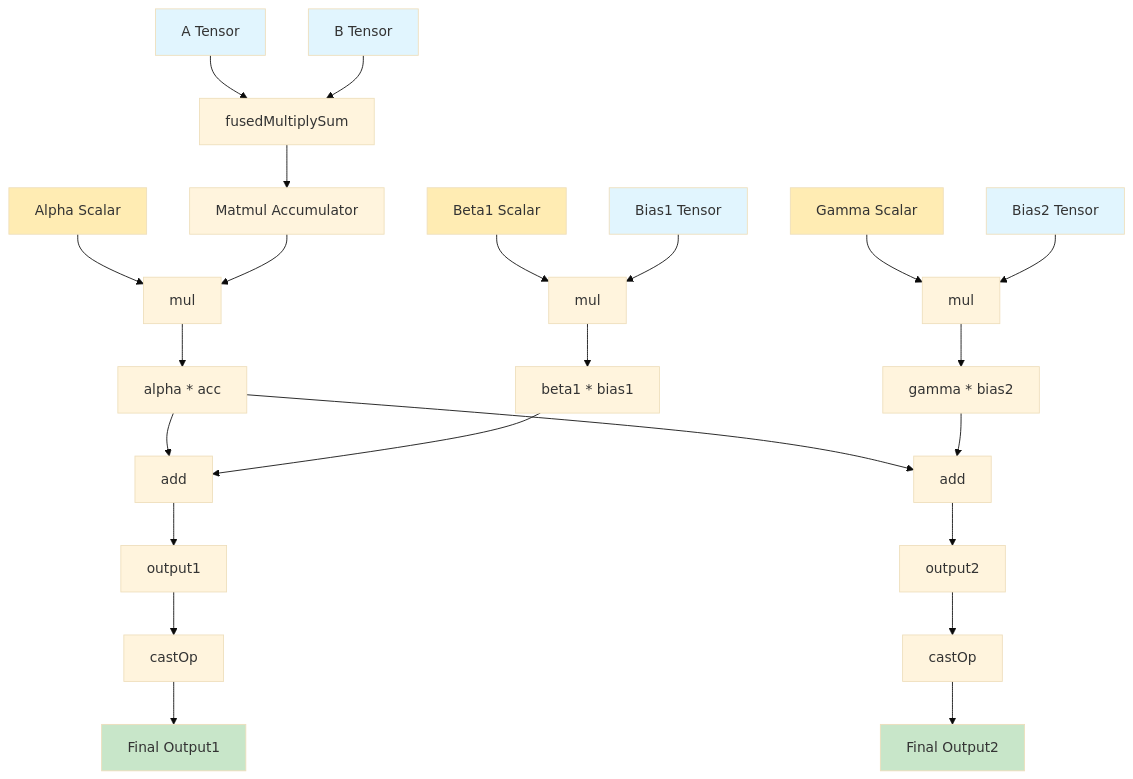
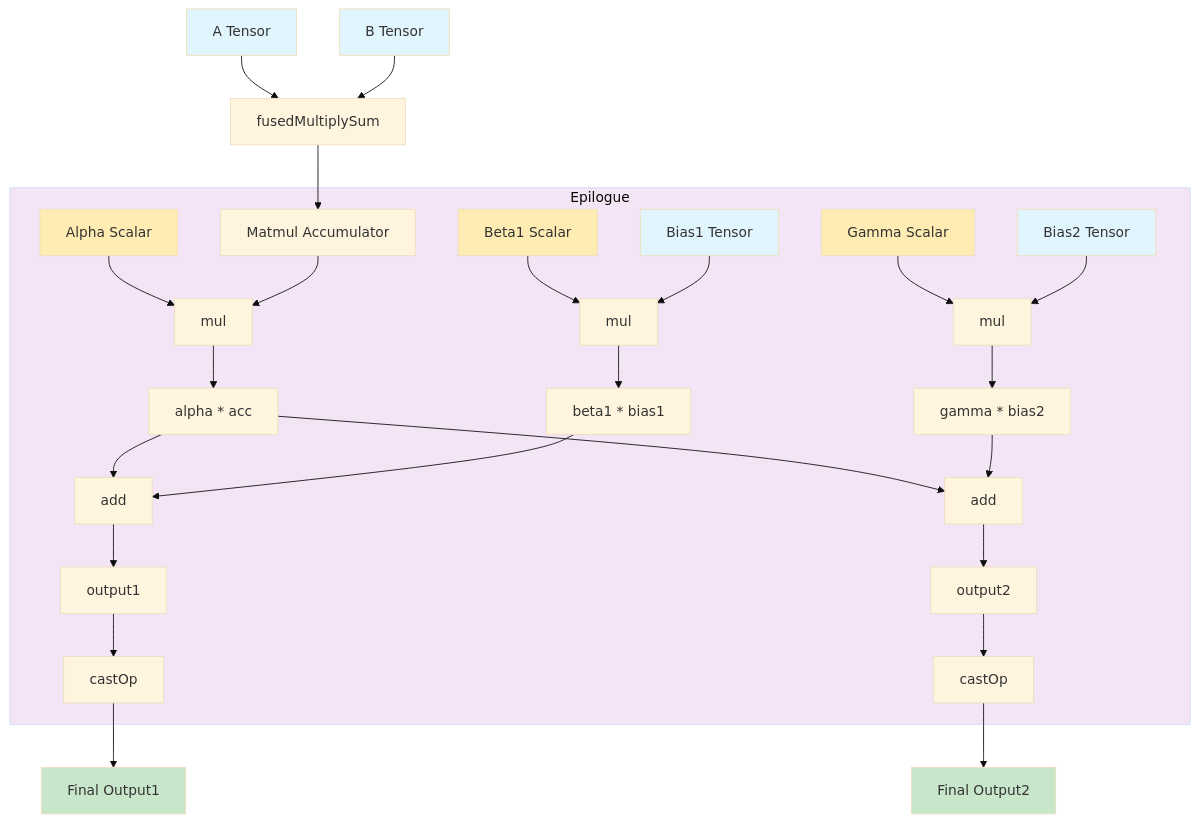
Before and after one commit to jacobhinkle/cutlass: the fourth of 5 diagrams in NVFuserEVTTranslation.md, drawn with Mermaid (base theme). The commit also changed other lines of this file, not shown here.

Commit message:
[AI] Group epilogue operations in Mermaid diagrams for sections 4.2 and 4.3
- Add subgraph 'Epilogue' box around epilogue operations
- Include all operations from mul through castOp in epilogue box
- Style epilogue box with purple background (#f3e5f5)
- Maintain clear visual separation between GEMM and epilogue phases
- Show epilogue operations as a cohesive unit in both diagrams

````diff
--- a/NVFuserEVTTranslation.md
+++ b/NVFuserEVTTranslation.md
@@ -266,35 +271,40 @@
 ```mermaid
 graph TD
     A[A Tensor] --> E[fusedMultiplySum]
     B[B Tensor] --> E
     E --> F[Matmul Accumulator]
-    G[Alpha Scalar] --> H[mul]
-    F --> H
-    H --> I[alpha * acc]
-    J[Beta1 Scalar] --> K[mul]
-    L[Bias1 Tensor] --> K
-    K --> M[beta1 * bias1]
-    N[Gamma Scalar] --> O[mul]
-    P[Bias2 Tensor] --> O
-    O --> Q[gamma * bias2]
-    I --> R[add]
-    M --> R
-    R --> S[output1]
-    I --> T[add]
-    Q --> T
-    T --> U[output2]
-    S --> V[castOp]
-    U --> W[castOp]
+    
+    subgraph Epilogue ["Epilogue"]
+        G[Alpha Scalar] --> H[mul]
+        F --> H
+        H --> I[alpha * acc]
+        J[Beta1 Scalar] --> K[mul]
+        L[Bias1 Tensor] --> K
+        K --> M[beta1 * bias1]
+        N[Gamma Scalar] --> O[mul]
+        P[Bias2 Tensor] --> O
+        O --> Q[gamma * bias2]
+        I --> R[add]
+        M --> R
+        R --> S[output1]
+        I --> T[add]
+        Q --> T
+        T --> U[output2]
+        S --> V[castOp]
+        U --> W[castOp]
+    end
+    
     V --> X[Final Output1]
     W --> Y[Final Output2]
     
     style A fill:#e1f5fe
     style B fill:#e1f5fe
     style L fill:#e1f5fe
     style P fill:#e1f5fe
     style G fill:#ffecb3
     style J fill:#ffecb3
     style N fill:#ffecb3
     style X fill:#c8e6c9
     style Y fill:#c8e6c9
+    style Epilogue fill:#f3e5f5
 ```
````
